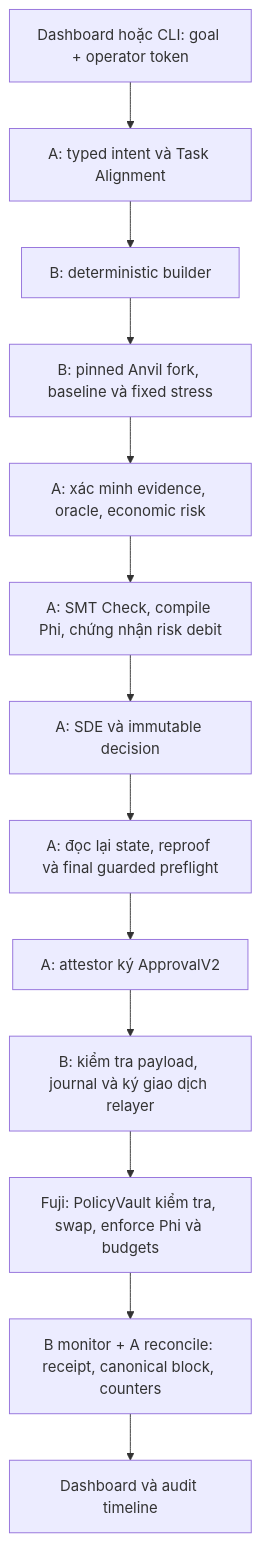
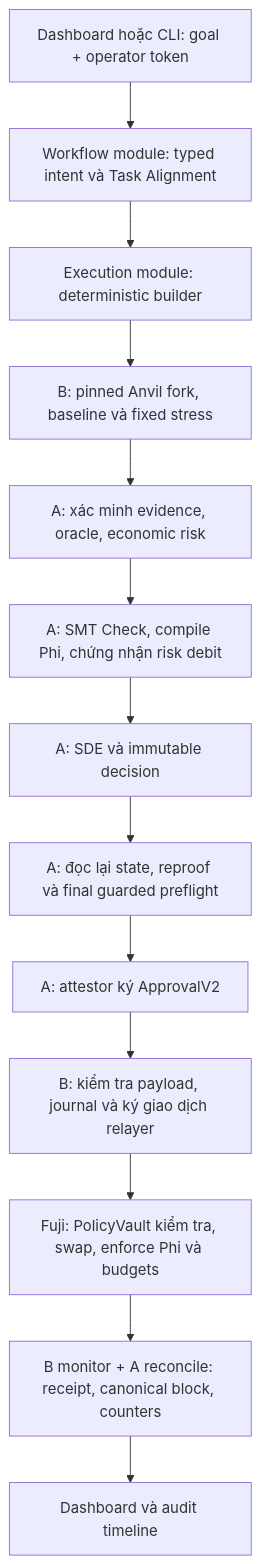
Before and after one commit to ursuswh-metamorphic/PaceVant: the diagram in docs/CURRENT_SYSTEM_FLOW.md, drawn with Mermaid. The commit also changed other lines of this file and 383 other files, not shown here.

````diff
--- a/docs/CURRENT_SYSTEM_FLOW.md
+++ b/docs/CURRENT_SYSTEM_FLOW.md
@@ -90,15 +91,15 @@
 ```mermaid
 flowchart TD
-    U[Dashboard hoặc CLI: goal + operator token] --> A[A: typed intent và Task Alignment]
-    A --> B[B: deterministic builder]
+    U[Dashboard hoặc CLI: goal + operator token] --> A[Workflow module: typed intent và Task Alignment]
+    A --> B[Execution module: deterministic builder]
     B --> F[B: pinned Anvil fork, baseline và fixed stress]
     F --> E[A: xác minh evidence, oracle, economic risk]
     E --> P[A: SMT Check, compile Phi, chứng nhận risk debit]
     P --> D[A: SDE và immutable decision]
     D --> V[A: đọc lại state, reproof và final guarded preflight]
     V --> S[A: attestor ký ApprovalV2]
     S --> R[B: kiểm tra payload, journal và ký giao dịch relayer]
     R --> C[Fuji: PolicyVault kiểm tra, swap, enforce Phi và budgets]
     C --> M[B monitor + A reconcile: receipt, canonical block, counters]
     M --> UI[Dashboard và audit timeline]
 ```
````
